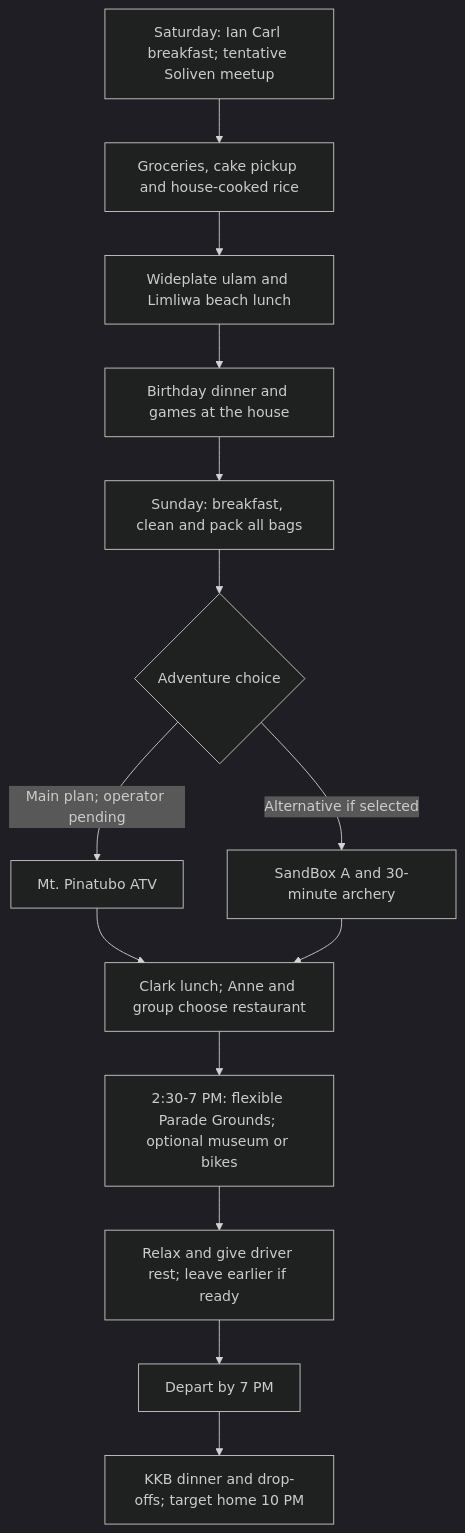
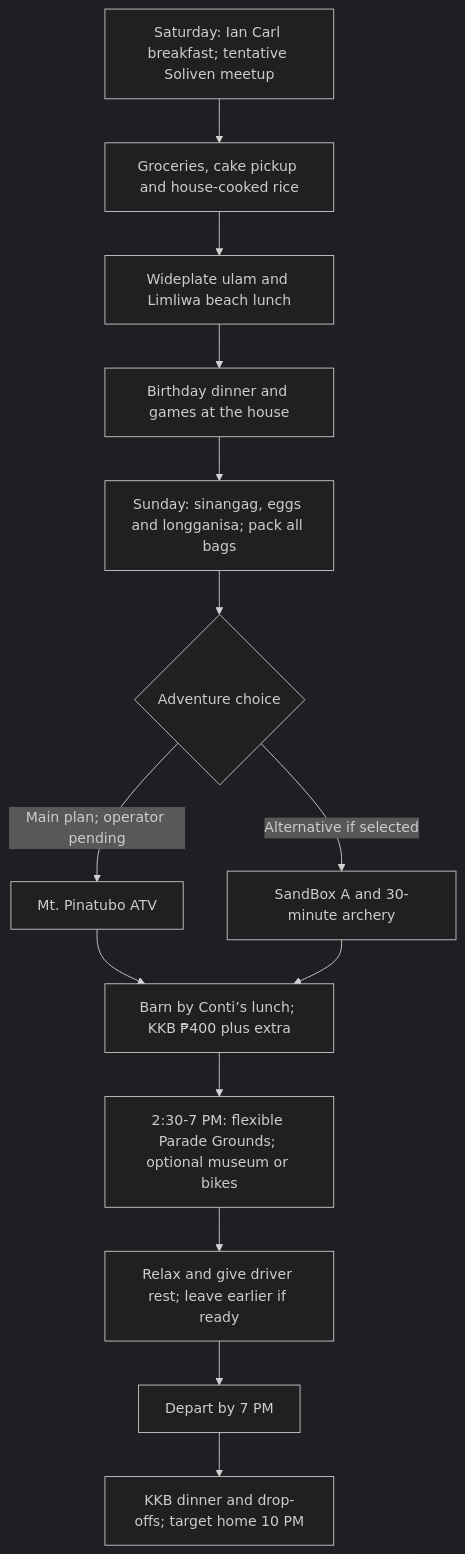
Before and after one commit to itsmcliam/Birthday-Plan: the diagram in assets/trip-flow.mmd, drawn with Mermaid (dark theme). The commit also changed 5 other files, not shown here.

Commit message:
Select Barn by Conti’s lunch and longganisa Sunday breakfast

```diff
--- a/assets/trip-flow.mmd
+++ b/assets/trip-flow.mmd
@@ -1,14 +1,14 @@
 flowchart TD
     A["Saturday: Ian Carl breakfast; tentative Soliven meetup"] --> B["Groceries, cake pickup and house-cooked rice"]
     B --> C["Wideplate ulam and Limliwa beach lunch"]
     C --> D["Birthday dinner and games at the house"]
-    D --> E["Sunday: breakfast, clean and pack all bags"]
+    D --> E["Sunday: sinangag, eggs and longganisa; pack all bags"]
     E --> F{"Adventure choice"}
     F -->|"Main plan; operator pending"| G["Mt. Pinatubo ATV"]
     F -->|"Alternative if selected"| H["SandBox A and 30-minute archery"]
-    G --> I["Clark lunch; Anne and group choose restaurant"]
+    G --> I["Barn by Conti’s lunch; KKB ₱400 plus extra"]
     H --> I
     I --> J["2:30-7 PM: flexible Parade Grounds; optional museum or bikes"]
     J --> K["Relax and give driver rest; leave earlier if ready"]
     K --> L["Depart by 7 PM"]
     L --> M["KKB dinner and drop-offs; target home 10 PM"]
```
